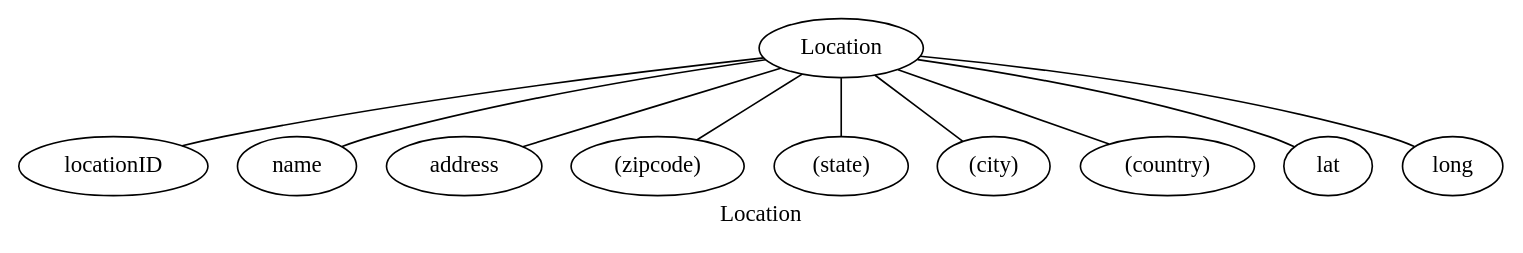
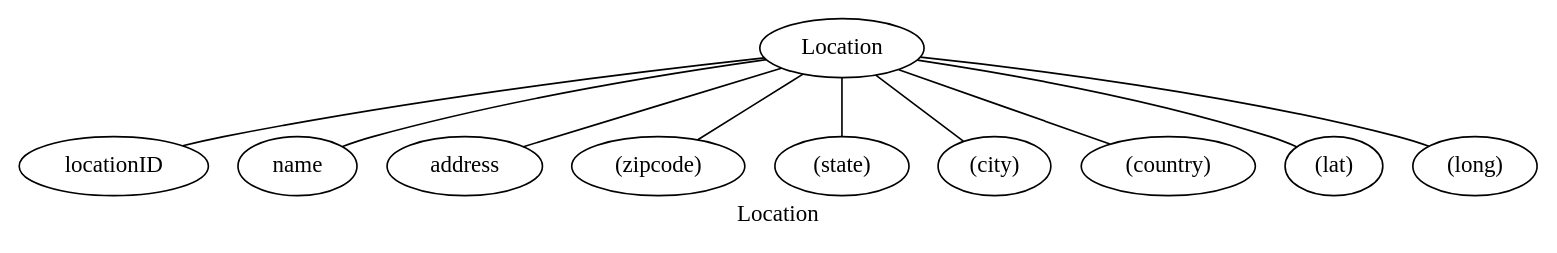
The diagram in docs/diagrams/Location.gv (bdatdo0601/akazam), drawn with Graphviz before and after one commit. The commit also changed 7 other files, not shown here.

```diff
--- a/docs/diagrams/Location.gv
+++ b/docs/diagrams/Location.gv
@@ -1,12 +1,12 @@
 strict graph Location {
     label="Location"
     Location -- locationID
     Location -- name
     Location -- address
     Location -- "(zipcode)"
     Location -- "(state)"
     Location -- "(city)"
     Location -- "(country)"
-    Location -- lat
-    Location -- long
+    Location -- "(lat)"
+    Location -- "(long)"
 }
```
